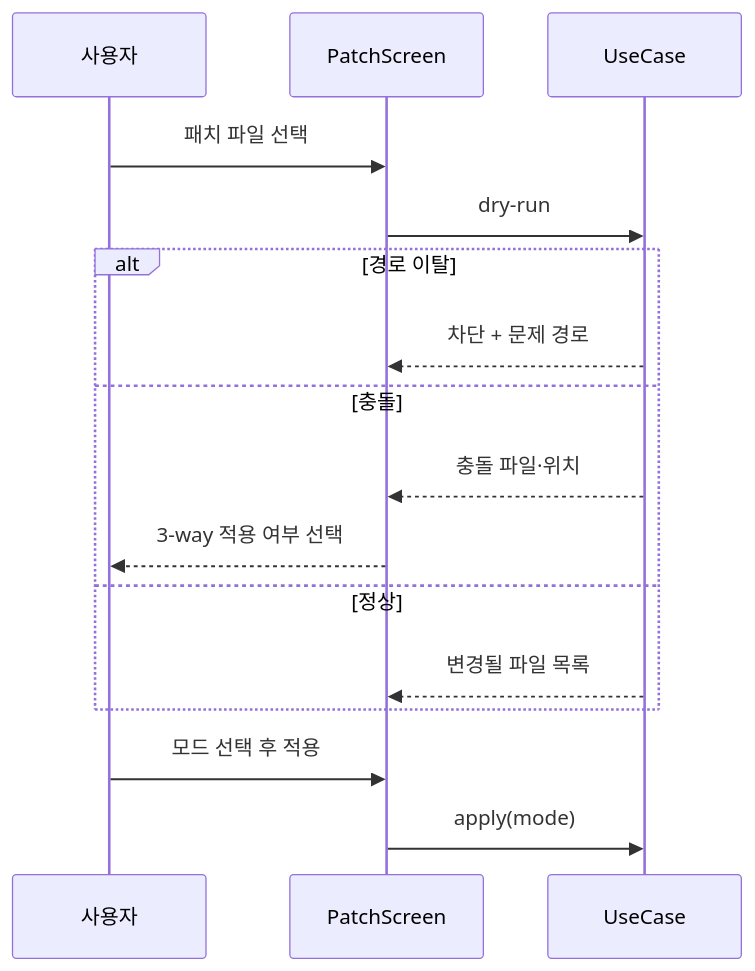
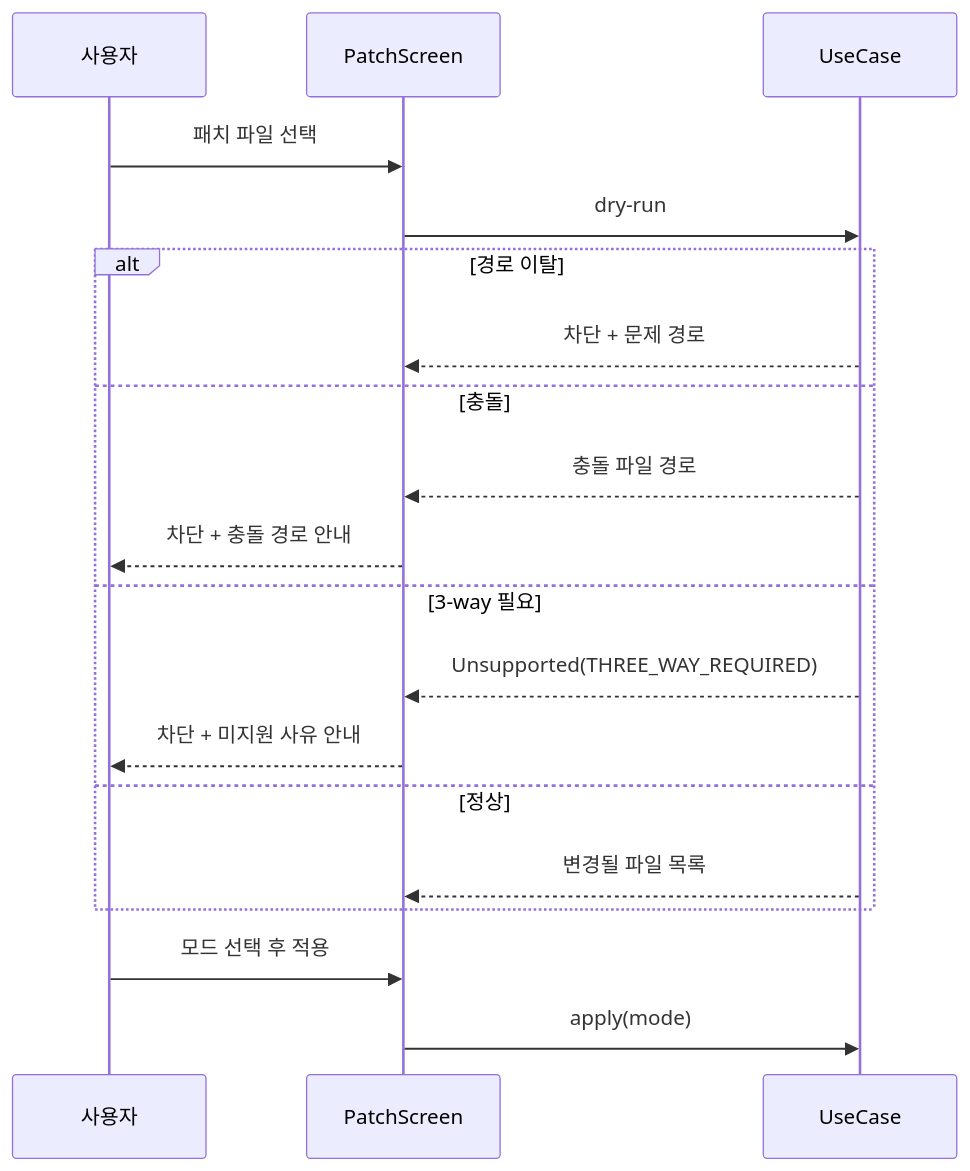
The first of 2 diagrams in tickets/UND-47-patch-screen.md (biuea3866/gitkraken-clone-app), drawn with Mermaid before and after one commit. The commit also changed other lines of this file and 23 other files, not shown here.

````diff
--- a/tickets/UND-47-patch-screen.md
+++ b/tickets/UND-47-patch-screen.md
@@ -31,18 +36,21 @@
 ```mermaid
 sequenceDiagram
     participant User as 사용자
     participant Screen as PatchScreen
     participant UC as UseCase
     User->>Screen: 패치 파일 선택
     Screen->>UC: dry-run
     alt 경로 이탈
         UC-->>Screen: 차단 + 문제 경로
     else 충돌
-        UC-->>Screen: 충돌 파일·위치
-        Screen-->>User: 3-way 적용 여부 선택
+        UC-->>Screen: 충돌 파일 경로
+        Screen-->>User: 차단 + 충돌 경로 안내
+    else 3-way 필요
+        UC-->>Screen: Unsupported(THREE_WAY_REQUIRED)
+        Screen-->>User: 차단 + 미지원 사유 안내
     else 정상
         UC-->>Screen: 변경될 파일 목록
     end
     User->>Screen: 모드 선택 후 적용
     Screen->>UC: apply(mode)
 ```
````
